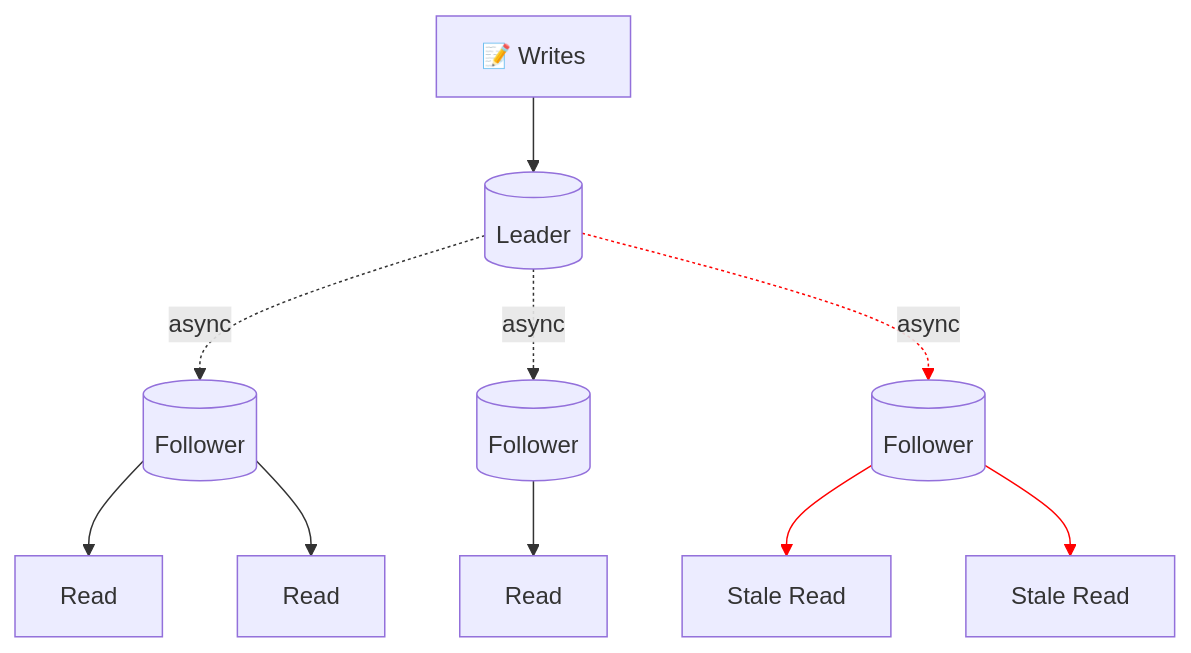
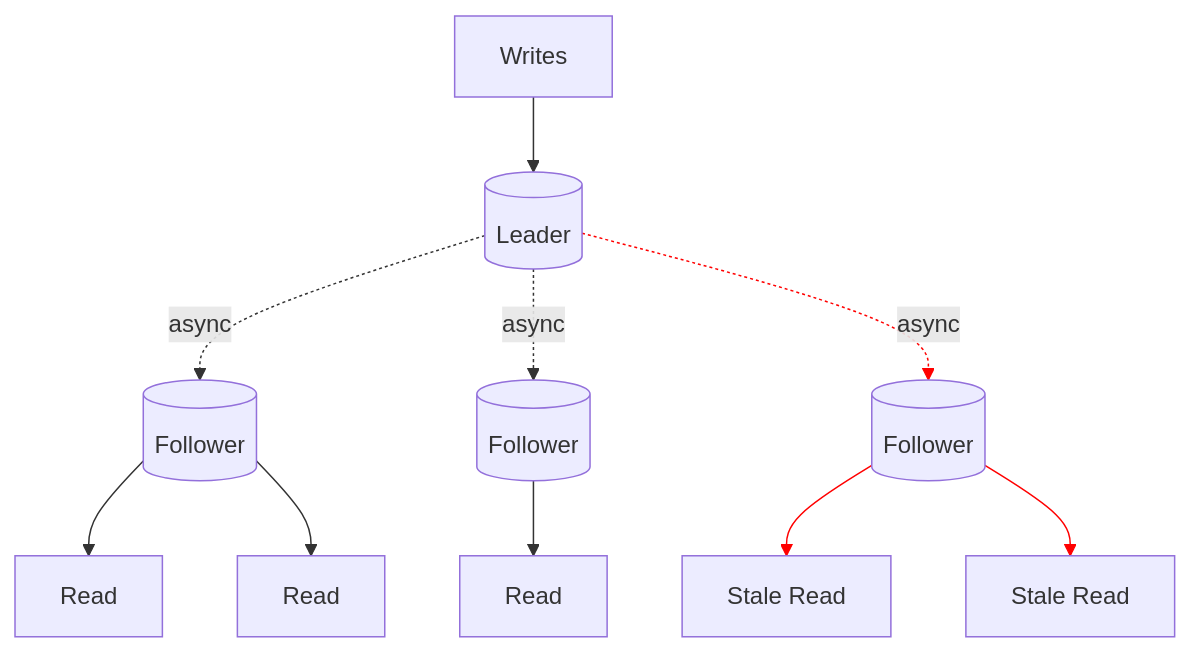
Before and after one commit to cabraham/Books: the fourth of 4 diagrams in designingdataintensiveapplications.md, drawn with Mermaid.

Commit message:
testing fix to mermaid flowchart

````diff
--- a/designingdataintensiveapplications.md
+++ b/designingdataintensiveapplications.md
@@ -1031,31 +1031,31 @@
 ```mermaid
 flowchart TD
 
-request[📝 Writes]
+request[Writes]
 
  leader[(Leader)]
  follower1[(Follower)]
  follower2[(Follower)]
  follower3[(Follower)]
 
  reader1[Read]
  reader2[Read]
  reader3[Stale Read]
  reader4[Read]
  reader5[Stale Read]
 
-  request --> leader
-  leader -. async .-> follower1
-  leader -. async .-> follower2
-  leader -. async .-> follower3
+ request --> leader
+ leader -. async .-> follower1
+ leader -. async .-> follower2
+ leader -. async .-> follower3
 
-  follower1 --> reader1
-  follower2 --> reader2
-  follower3 --> reader3
-  follower1 --> reader4
-  follower3 --> reader5
+ follower1 --> reader1
+ follower2 --> reader2
+ follower3 --> reader3
+ follower1 --> reader4
+ follower3 --> reader5
 
  linkStyle 3 stroke:red;
  linkStyle 6 stroke:red;
  linkStyle 8 stroke:red;
 ```
````
